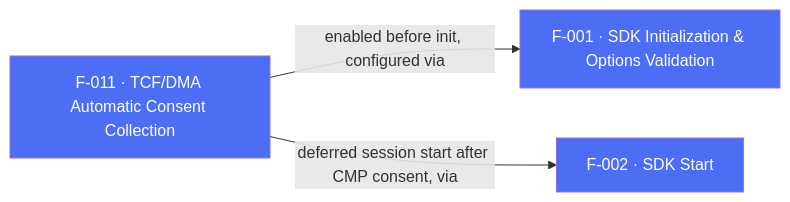
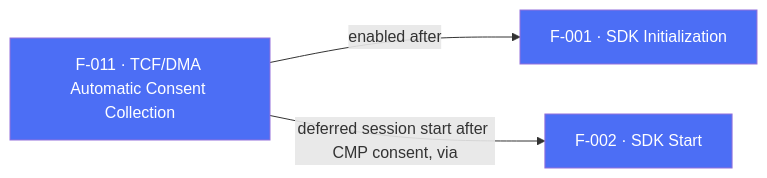
Before and after one commit to AppsFlyerSDK/appsflyer-flutter-plugin: the diagram in internal-docs/features/F-011-tcf-dma-automatic-consent-collection.md, drawn with Mermaid. The commit also changed other lines of this file and 101 other files, not shown here.

Commit message:
[DELIVERY-125863] Migrate Flutter plugin to AppsFlyer SDK 7 RPC architecture

````diff
--- a/internal-docs/features/F-011-tcf-dma-automatic-consent-collection.md
+++ b/internal-docs/features/F-011-tcf-dma-automatic-consent-collection.md
@@ -64,6 +68,6 @@
 ```mermaid
 flowchart LR
-    F011["F-011 · TCF/DMA Automatic Consent Collection"]:::sdkCore -->|"enabled before init, configured via"| F001["F-001 · SDK Initialization & Options Validation"]:::sdkCore
+    F011["F-011 · TCF/DMA Automatic Consent Collection"]:::sdkCore -->|"enabled after"| F001["F-001 · SDK Initialization"]:::sdkCore
     F011 -->|"deferred session start after CMP consent, via"| F002["F-002 · SDK Start"]:::sdkCore
     classDef sdkCore fill:#4C6EF5,color:#fff
 ```
````
